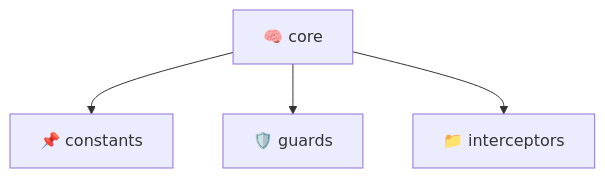
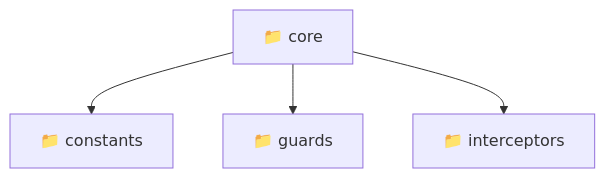
One commit to beginwebdev2002/fullstack-mavluda changed the diagram in frontend/src/core/README.md. Above: the diagram before and after it, drawn with Mermaid. The commit also changed other lines of this file and 155 other files, not shown here.

````diff
--- a/frontend/src/core/README.md
+++ b/frontend/src/core/README.md
@@ -9,7 +9,7 @@
 ```mermaid
 graph TD
-  core[🧠 core]
-  core --> constants[📌 constants]
-  core --> guards[🛡️ guards]
-  core --> interceptors[📁 interceptors]
+  core[📁 core]
+  core --> core_constants[📁 constants]
+  core --> core_guards[📁 guards]
+  core --> core_interceptors[📁 interceptors]
 ```
````
